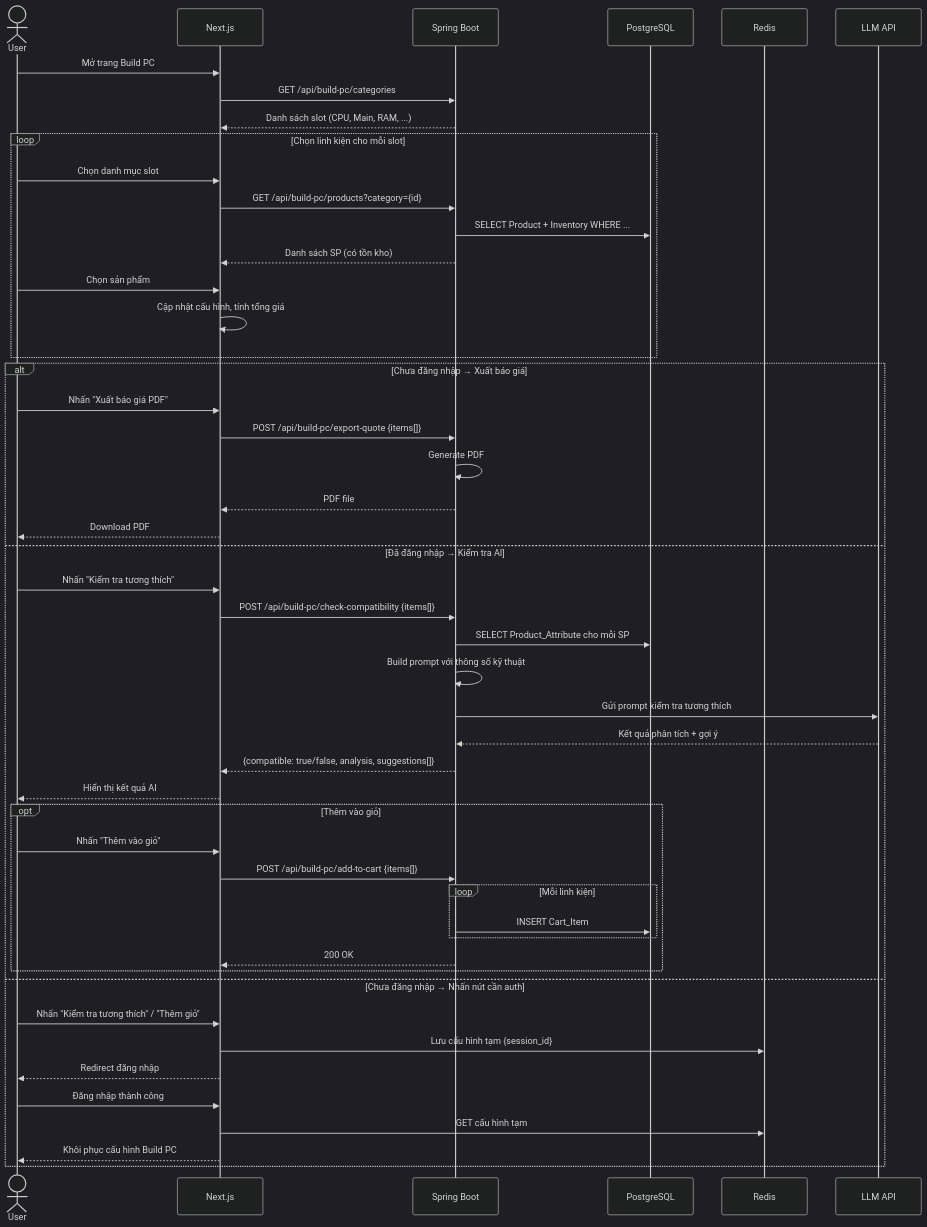
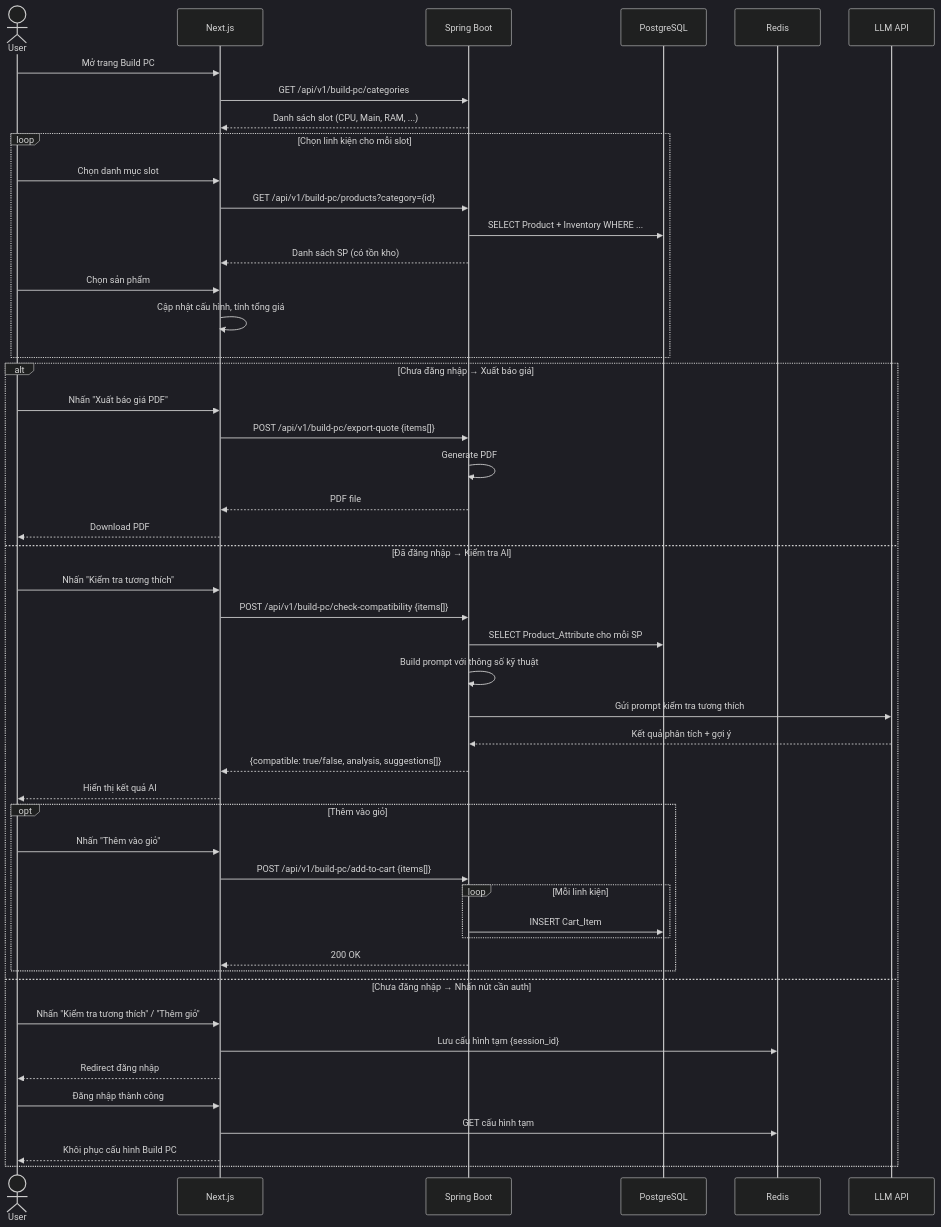
One commit to huuhieu56/PC-Parts-ECommerce changed diagram 23 of 35 in docs/design.md. Above: the diagram before and after it, drawn with Mermaid (dark theme). The commit also changed other lines of this file and 1 other file, not shown here.

````diff
--- a/docs/design.md
+++ b/docs/design.md
@@ -1391,55 +1387,55 @@
 ```mermaid
 sequenceDiagram
     actor User
     participant FE as Next.js
     participant BE as Spring Boot
     participant DB as PostgreSQL
     participant Cache as Redis
     participant LLM as LLM API
 
     User->>FE: Mở trang Build PC
-    FE->>BE: GET /api/build-pc/categories
+    FE->>BE: GET /api/v1/build-pc/categories
     BE-->>FE: Danh sách slot (CPU, Main, RAM, ...)
 
     loop Chọn linh kiện cho mỗi slot
         User->>FE: Chọn danh mục slot
-        FE->>BE: GET /api/build-pc/products?category={id}
+        FE->>BE: GET /api/v1/build-pc/products?category={id}
         BE->>DB: SELECT Product + Inventory WHERE ...
         BE-->>FE: Danh sách SP (có tồn kho)
         User->>FE: Chọn sản phẩm
         FE->>FE: Cập nhật cấu hình, tính tổng giá
     end
 
     alt Chưa đăng nhập → Xuất báo giá
         User->>FE: Nhấn "Xuất báo giá PDF"
-        FE->>BE: POST /api/build-pc/export-quote {items[]}
+        FE->>BE: POST /api/v1/build-pc/export-quote {items[]}
         BE->>BE: Generate PDF
         BE-->>FE: PDF file
         FE-->>User: Download PDF
     else Đã đăng nhập → Kiểm tra AI
         User->>FE: Nhấn "Kiểm tra tương thích"
-        FE->>BE: POST /api/build-pc/check-compatibility {items[]}
+        FE->>BE: POST /api/v1/build-pc/check-compatibility {items[]}
         BE->>DB: SELECT Product_Attribute cho mỗi SP
         BE->>BE: Build prompt với thông số kỹ thuật
         BE->>LLM: Gửi prompt kiểm tra tương thích
         LLM-->>BE: Kết quả phân tích + gợi ý
         BE-->>FE: {compatible: true/false, analysis, suggestions[]}
         FE-->>User: Hiển thị kết quả AI
 
         opt Thêm vào giỏ
             User->>FE: Nhấn "Thêm vào giỏ"
-            FE->>BE: POST /api/build-pc/add-to-cart {items[]}
+            FE->>BE: POST /api/v1/build-pc/add-to-cart {items[]}
             loop Mỗi linh kiện
                 BE->>DB: INSERT Cart_Item
             end
             BE-->>FE: 200 OK
         end
     else Chưa đăng nhập → Nhấn nút cần auth
         User->>FE: Nhấn "Kiểm tra tương thích" / "Thêm giỏ"
         FE->>Cache: Lưu cấu hình tạm {session_id}
         FE-->>User: Redirect đăng nhập
         User->>FE: Đăng nhập thành công
         FE->>Cache: GET cấu hình tạm
         FE-->>User: Khôi phục cấu hình Build PC
     end
 ```
````
